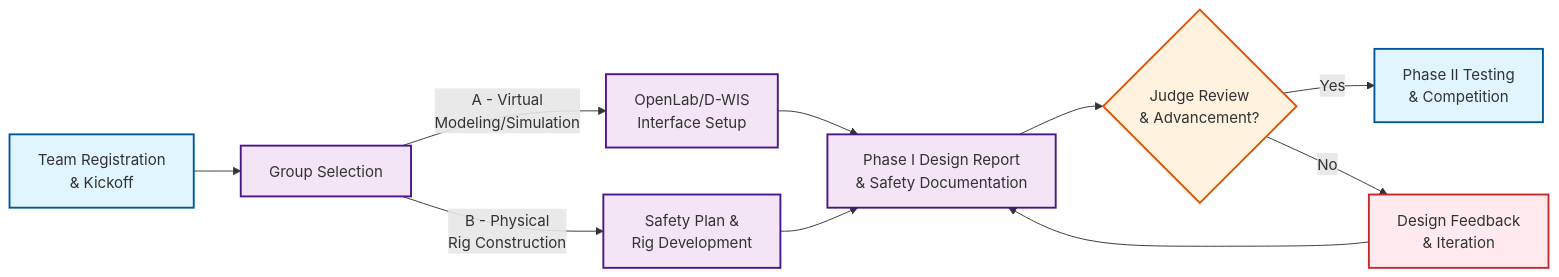
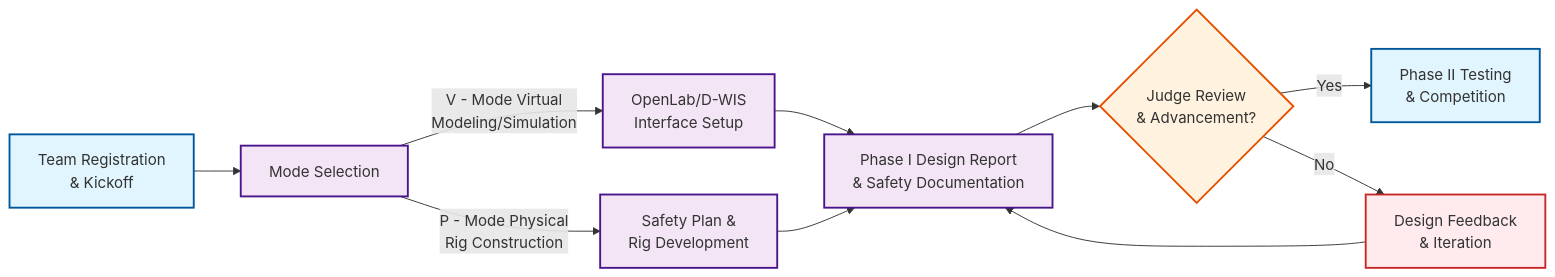
The diagram in docs/index.md (Open-Source-Drilling-Community/drillbotics-guidelines), drawn with Mermaid before and after one commit. The commit also changed other lines of this file, not shown here.

First line of the commit message:
📝 docs(index): rename group A/B to mode virtual/physical

````diff
--- a/docs/index.md
+++ b/docs/index.md
@@ -16,22 +16,22 @@
 ```mermaid
 graph LR
-    A[Team Registration<br/>& Kickoff] --> B[Group Selection]
-    B -->|A - Virtual<br/>Modeling/Simulation| C[OpenLab/D-WIS<br/>Interface Setup]
-    B -->|B - Physical<br/>Rig Construction| D[Safety Plan &<br/>Rig Development]
+    A[Team Registration<br/>& Kickoff] --> B[Mode Selection]
+    B -->|V - Mode Virtual<br/>Modeling/Simulation| C[OpenLab/D-WIS<br/>Interface Setup]
+    B -->|P - Mode Physical<br/>Rig Construction| D[Safety Plan &<br/>Rig Development]
     C --> E[Phase I Design Report<br/>& Safety Documentation]
     D --> E
     E --> F{Judge Review<br/>& Advancement?}
     F -->|Yes| G[Phase II Testing<br/>& Competition]
     F -->|No| H[Design Feedback<br/>& Iteration]
     H --> E
     
     classDef startEnd fill:#e1f5fe,stroke:#01579b,stroke-width:2px
     classDef decision fill:#fff3e0,stroke:#e65100,stroke-width:2px
     classDef process fill:#f3e5f5,stroke:#4a148c,stroke-width:2px
     classDef feedback fill:#ffebee,stroke:#c62828,stroke-width:2px
     
     class A,G startEnd
     class F decision
     class B,C,D,E process
     class H feedback
 ```
````
